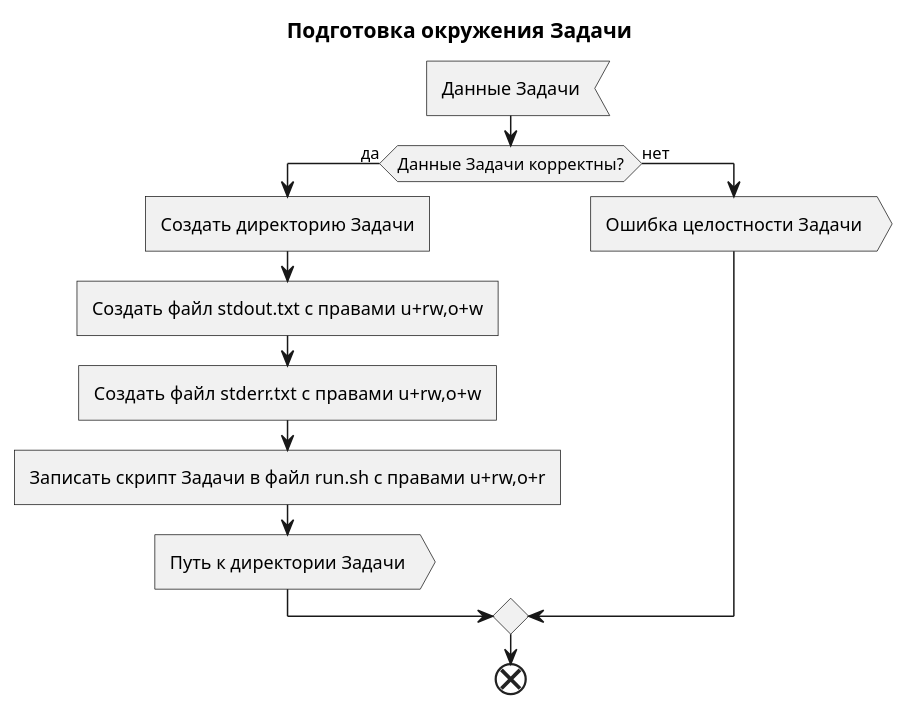
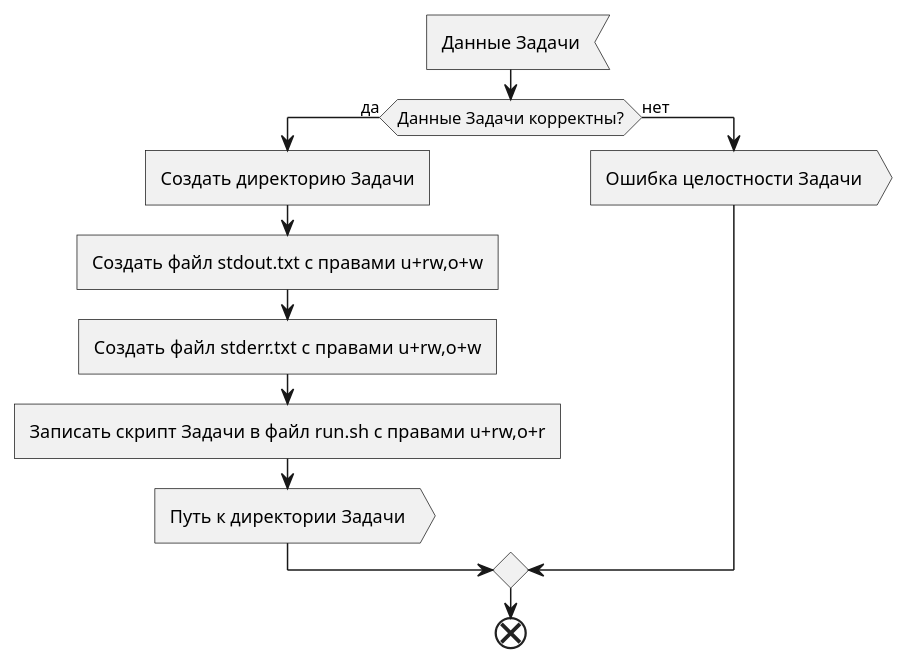
The fourth of 7 diagrams in docs/diagrams/activity/Job.Worker.puml (mrypdm/JobSystem), drawn with PlantUML before and after one commit. The commit also changed other lines of this file and 19 other files, not shown here.

```diff
--- a/docs/diagrams/activity/Job.Worker.puml
+++ b/docs/diagrams/activity/Job.Worker.puml
@@ -122,19 +116,17 @@
 @startuml Create environment
-
-title Подготовка окружения Задачи
 
 :Данные Задачи<
 
 if (Данные Задачи корректны?) then (да)
     :Создать директорию Задачи]
     :Создать файл stdout.txt c правами u+rw,o+w]
     :Создать файл stderr.txt c правами u+rw,o+w]
     :Записать скрипт Задачи в файл run.sh c правами u+rw,o+r]
     :Путь к директории Задачи>
 else (нет)
     :Ошибка целостности Задачи>
 endif
 
 end
 
 @enduml
```
